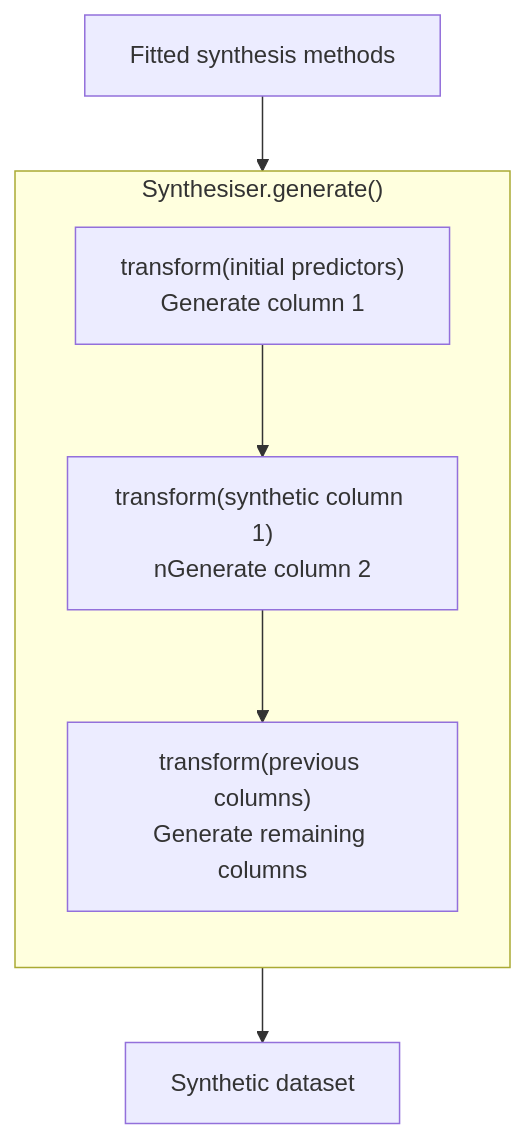
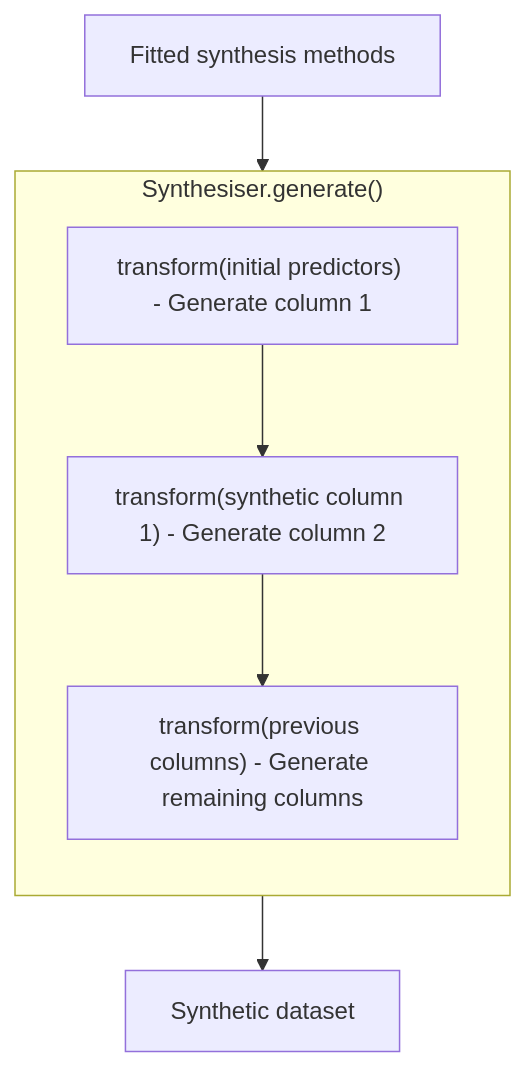
The second of 2 diagrams in docs/source/user_guides/8_custom_synthesis_methods.md (duonl/synthpop-py), drawn with Mermaid before and after one commit.

Commit message:
isolate mermaid issue

````diff
--- a/docs/source/user_guides/8_custom_synthesis_methods.md
+++ b/docs/source/user_guides/8_custom_synthesis_methods.md
@@ -42,18 +42,18 @@
 ```{mermaid}
 flowchart TD
 
     A[Fitted synthesis methods]
 
     subgraph GEN["Synthesiser.generate()"]
         direction TD
-        B["transform(initial predictors)<br>Generate column 1"]
-        C["transform(synthetic column 1)<br>nGenerate column 2"]
-        D["transform(previous columns)<br>Generate remaining columns"]
+        B["transform(initial predictors) - Generate column 1"]
+        C["transform(synthetic column 1) - Generate column 2"]
+        D["transform(previous columns) - Generate remaining columns"]
 
         B --> C --> D
     end
 
     H[Synthetic dataset]
 
     A --> GEN --> H
 ```
````
